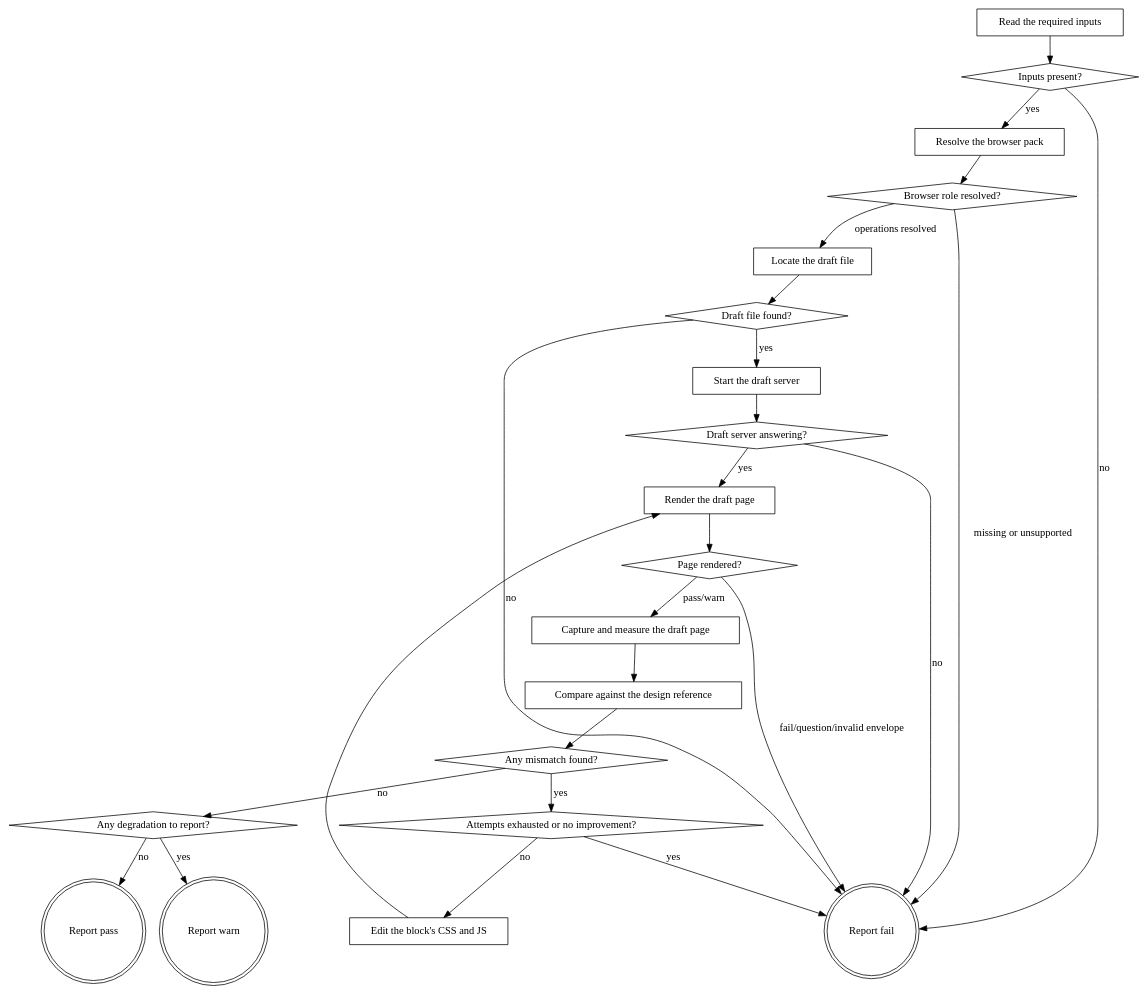
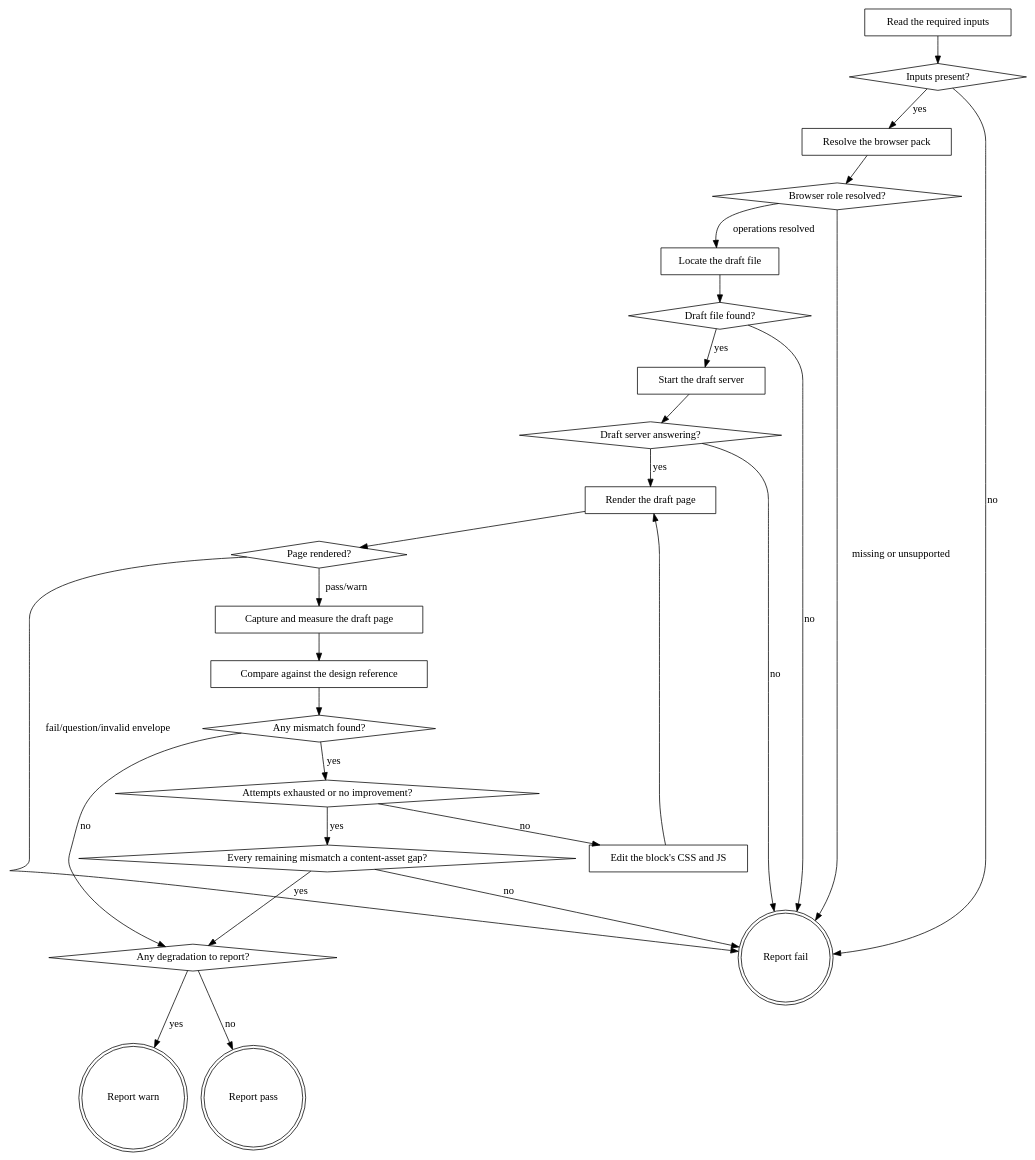
The diagram in plugins/eds/skills/eds-verify-design/SKILL.md (agenticDraft/aem-eds-ai-workflow-demo), drawn with Graphviz before and after one commit. The commit also changed other lines of this file, not shown here.

````diff
--- a/plugins/eds/skills/eds-verify-design/SKILL.md
+++ b/plugins/eds/skills/eds-verify-design/SKILL.md
@@ -57,48 +57,51 @@
 ```dot
 digraph eds_verify_design {
     "Read the required inputs" [shape=box];
     "Inputs present?" [shape=diamond];
     "Resolve the browser pack" [shape=box];
     "Browser role resolved?" [shape=diamond];
     "Locate the draft file" [shape=box];
     "Draft file found?" [shape=diamond];
     "Start the draft server" [shape=box];
     "Draft server answering?" [shape=diamond];
     "Render the draft page" [shape=box];
     "Page rendered?" [shape=diamond];
     "Capture and measure the draft page" [shape=box];
     "Compare against the design reference" [shape=box];
     "Any mismatch found?" [shape=diamond];
     "Attempts exhausted or no improvement?" [shape=diamond];
+    "Every remaining mismatch a content-asset gap?" [shape=diamond];
     "Edit the block's CSS and JS" [shape=box];
     "Any degradation to report?" [shape=diamond];
     "Report fail" [shape=doublecircle];
     "Report warn" [shape=doublecircle];
     "Report pass" [shape=doublecircle];
 
     "Read the required inputs" -> "Inputs present?";
     "Inputs present?" -> "Resolve the browser pack" [label="yes"];
     "Inputs present?" -> "Report fail" [label="no"];
     "Resolve the browser pack" -> "Browser role resolved?";
     "Browser role resolved?" -> "Locate the draft file" [label="operations resolved"];
     "Browser role resolved?" -> "Report fail" [label="missing or unsupported"];
     "Locate the draft file" -> "Draft file found?";
     "Draft file found?" -> "Start the draft server" [label="yes"];
     "Draft file found?" -> "Report fail" [label="no"];
     "Start the draft server" -> "Draft server answering?";
     "Draft server answering?" -> "Render the draft page" [label="yes"];
     "Draft server answering?" -> "Report fail" [label="no"];
     "Render the draft page" -> "Page rendered?";
     "Page rendered?" -> "Capture and measure the draft page" [label="pass/warn"];
     "Page rendered?" -> "Report fail" [label="fail/question/invalid envelope"];
     "Capture and measure the draft page" -> "Compare against the design reference";
     "Compare against the design reference" -> "Any mismatch found?";
     "Any mismatch found?" -> "Any degradation to report?" [label="no"];
     "Any mismatch found?" -> "Attempts exhausted or no improvement?" [label="yes"];
-    "Attempts exhausted or no improvement?" -> "Report fail" [label="yes"];
+    "Attempts exhausted or no improvement?" -> "Every remaining mismatch a content-asset gap?" [label="yes"];
     "Attempts exhausted or no improvement?" -> "Edit the block's CSS and JS" [label="no"];
+    "Every remaining mismatch a content-asset gap?" -> "Any degradation to report?" [label="yes"];
+    "Every remaining mismatch a content-asset gap?" -> "Report fail" [label="no"];
     "Edit the block's CSS and JS" -> "Render the draft page";
     "Any degradation to report?" -> "Report warn" [label="yes"];
     "Any degradation to report?" -> "Report pass" [label="no"];
 }
 ```
````
